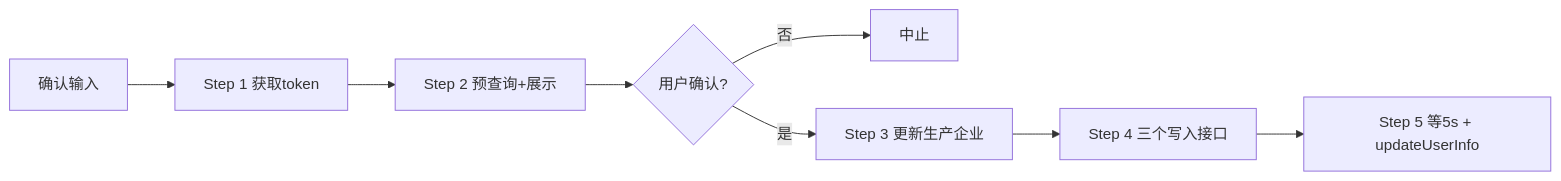
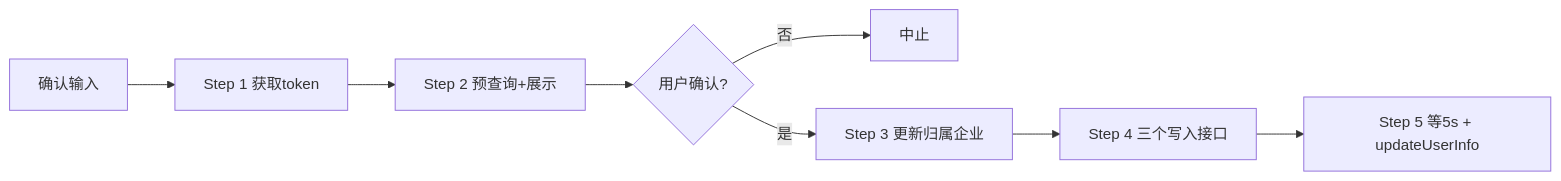
The diagram in dt-cabin-modify/SKILL.md (jianglei-123456/skills), drawn with Mermaid before and after one commit. The commit also changed other lines of this file and 3 other files, not shown here.

````diff
--- a/dt-cabin-modify/SKILL.md
+++ b/dt-cabin-modify/SKILL.md
@@ -35,10 +44,10 @@
 ```mermaid
 flowchart LR
     A[确认输入] --> B[Step 1 获取token]
     B --> C[Step 2 预查询+展示]
     C --> D{用户确认?}
     D -->|否| E[中止]
-    D -->|是| F[Step 3 更新生产企业]
+    D -->|是| F[Step 3 更新归属企业]
     F --> G[Step 4 三个写入接口]
     G --> H[Step 5 等5s + updateUserInfo]
 ```
````
